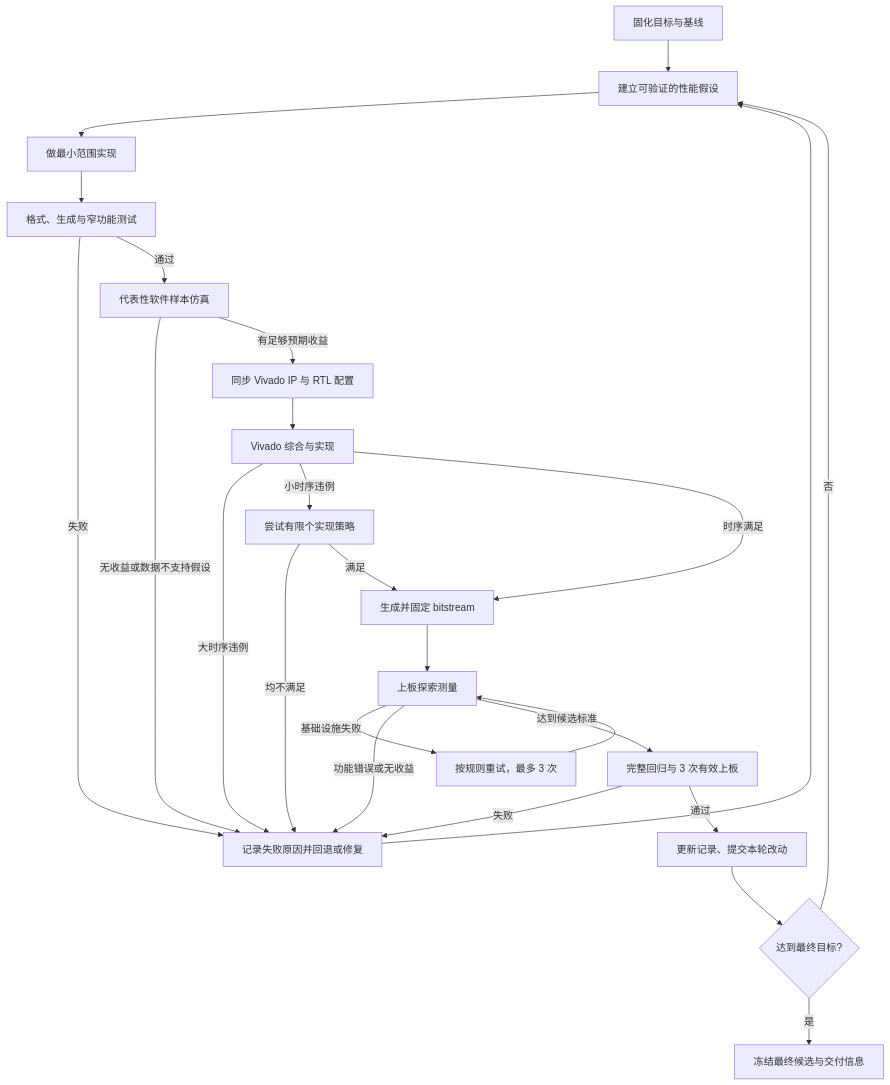
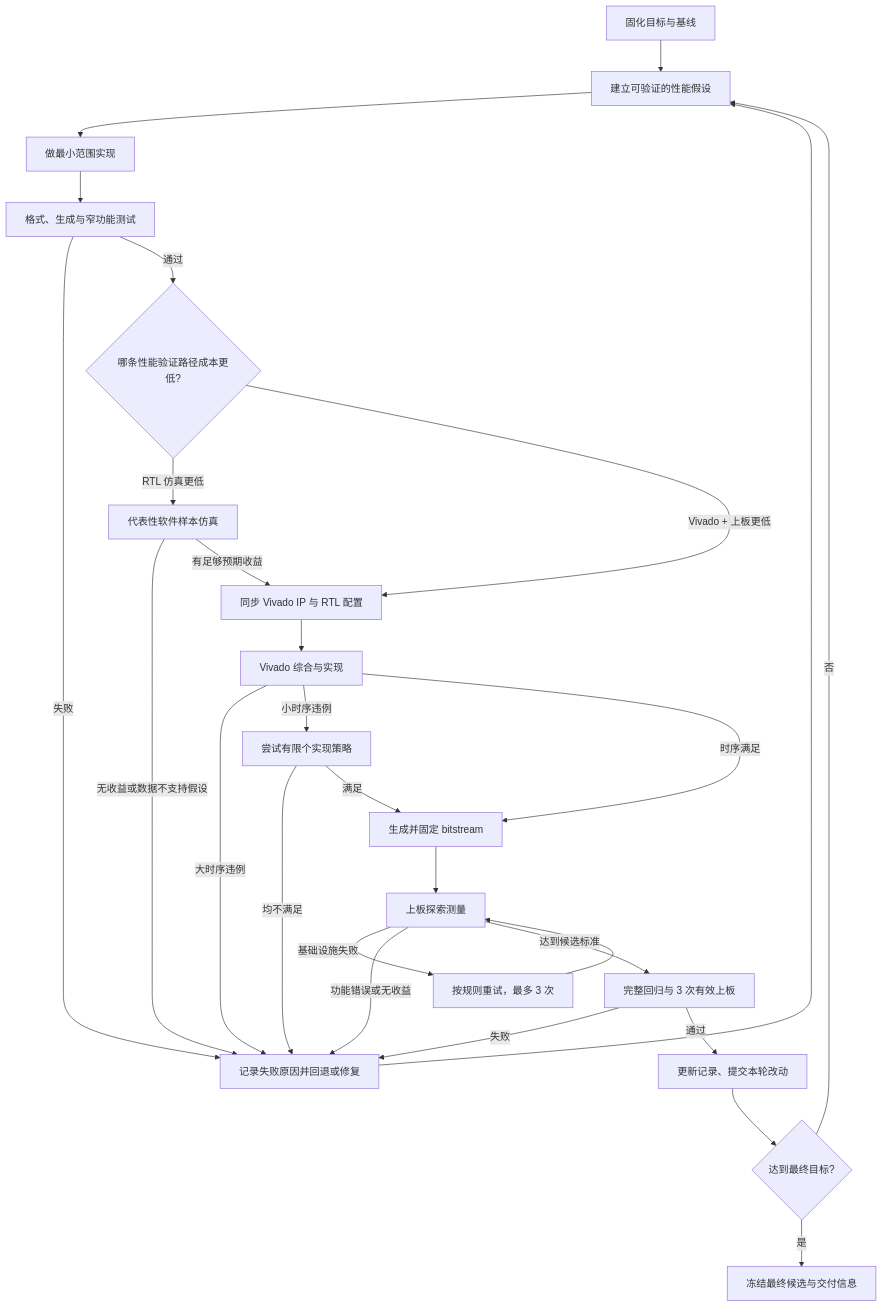
The diagram in npc/opt-iter-flow.md (HanPiM/jyd), drawn with Mermaid before and after one commit. The commit also changed other lines of this file, not shown here.

````diff
--- a/npc/opt-iter-flow.md
+++ b/npc/opt-iter-flow.md
@@ -7,27 +7,29 @@
 ```mermaid
 flowchart TD
     A[固化目标与基线] --> B[建立可验证的性能假设]
     B --> C[做最小范围实现]
     C --> D[格式、生成与窄功能测试]
     D -->|失败| R[记录失败原因并回退或修复]
-    D -->|通过| E[代表性软件样本仿真]
-    E -->|无收益或数据不支持假设| R
-    E -->|有足够预期收益| F[同步 Vivado IP 与 RTL 配置]
+    D -->|通过| E{哪条性能验证路径成本更低?}
+    E -->|RTL 仿真更低| S[代表性软件样本仿真]
+    S -->|无收益或数据不支持假设| R
+    S -->|有足够预期收益| F[同步 Vivado IP 与 RTL 配置]
+    E -->|Vivado + 上板更低| F
     F --> G[Vivado 综合与实现]
     G -->|大时序违例| R
     G -->|小时序违例| H[尝试有限个实现策略]
     H -->|均不满足| R
     H -->|满足| I[生成并固定 bitstream]
     G -->|时序满足| I
     I --> J[上板探索测量]
     J -->|基础设施失败| K[按规则重试，最多 3 次]
     K --> J
     J -->|功能错误或无收益| R
     J -->|达到候选标准| L[完整回归与 3 次有效上板]
     L -->|失败| R
     L -->|通过| M[更新记录、提交本轮改动]
     M --> N{达到最终目标?}
     N -->|否| B
     N -->|是| O[冻结最终候选与交付信息]
     R --> B
 ```
````
